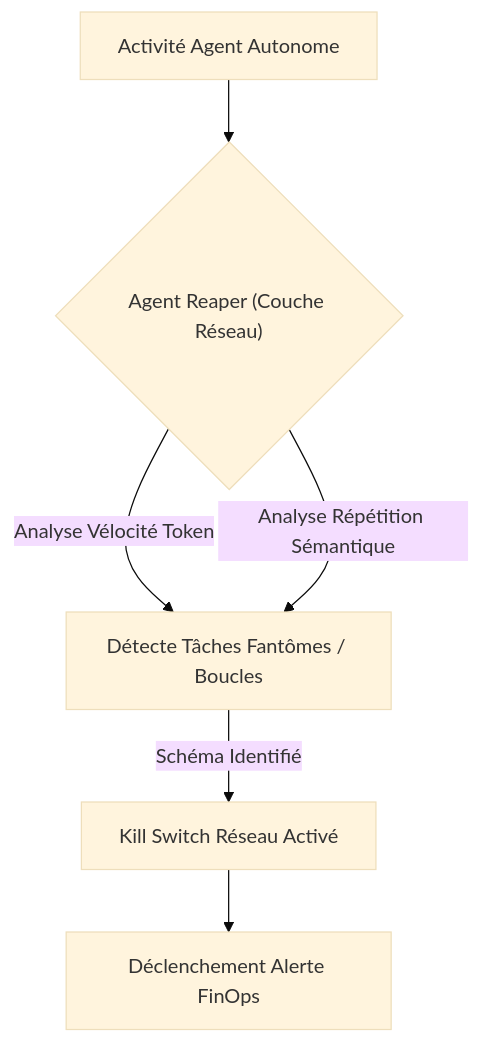
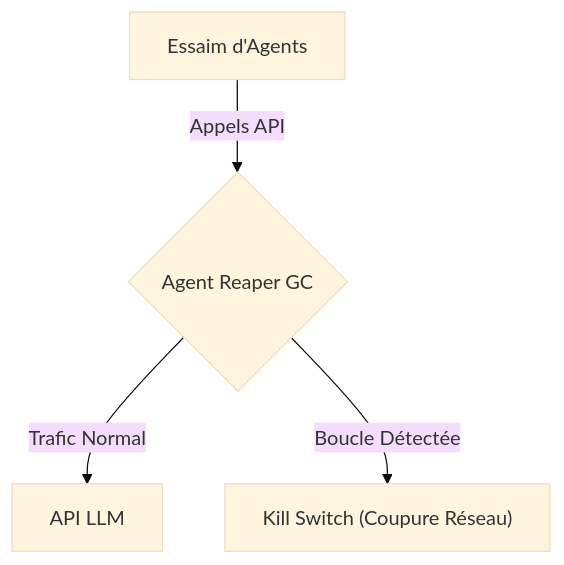
One commit to flouzzy/top-100-ai-startup-ideas changed the first of 2 diagrams in ideas/agent-reaper/README.fr.md. Above: the diagram before and after it, drawn with Mermaid (base theme). The commit also changed other lines of this file and 41 other files, not shown here.

````diff
--- a/ideas/agent-reaper/README.fr.md
+++ b/ideas/agent-reaper/README.fr.md
@@ -17,8 +17,7 @@
 ```mermaid
 graph TD
-    A["Activité Agent Autonome"] --> B{"Agent Reaper (Couche Réseau)"}
-    B -->|Analyse Vélocité Token| C["Détecte Tâches Fantômes / Boucles"]
-    B -->|Analyse Répétition Sémantique| C
-    C -->|Schéma Identifié| D["Kill Switch Réseau Activé"]
-    D --> E["Déclenchement Alerte FinOps"]
+    %% Flux
+    A["Essaim d'Agents"] -->|Appels API| B{"Agent Reaper GC"}
+    B -->|Trafic Normal| C["API LLM"]
+    B -->|Boucle Détectée| D["Kill Switch (Coupure Réseau)"]
 ```
````
